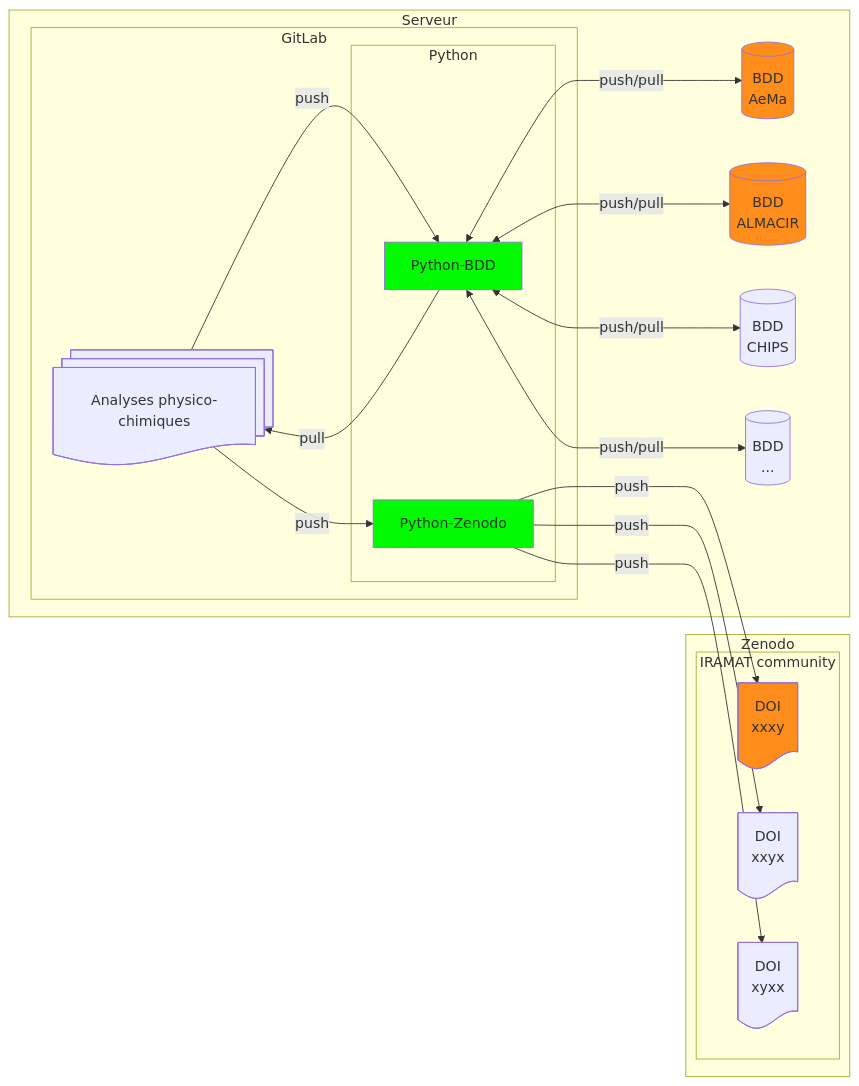
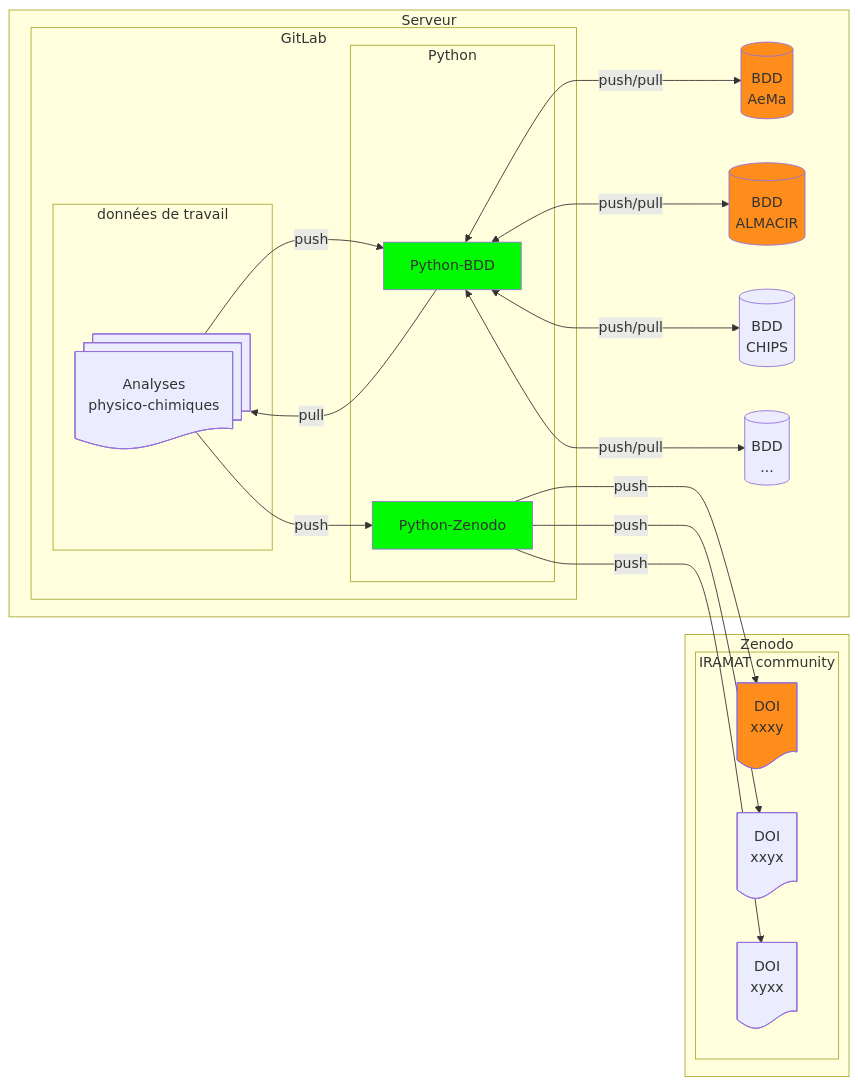
The diagram in dbs/README.md (iramat/iramat-dev), drawn with Mermaid before and after one commit. The commit also changed other lines of this file, not shown here.

````diff
--- a/dbs/README.md
+++ b/dbs/README.md
@@ -5,33 +3,35 @@
 ```mermaid
 flowchart LR
 subgraph Serveur
     subgraph GitLab
-        A@{ shape: docs, label: "Analyses physico-chimiques" }
+        subgraph données de travail
+            A@{ shape: docs, label: "Analyses<br>physico-chimiques" }
+        end
         subgraph Python
             Z@{ procs: docs, label: "Python-BDD" }
             ZZ@{ procs: docs, label: "Python-Zenodo" }
         end
     end
     Z -- pull --> A;
     A -- push --> Z;
     A -- push --> ZZ;
     Z <-- push/pull --> B[(BDD<br>AeMa)];
     Z <-- push/pull --> H[(BDD<br>ALMACIR)];
     Z <-- push/pull --> C[(BDD<br>CHIPS)];
     Z <-- push/pull --> D[(BDD<br>...)];
 end
 subgraph Zenodo
     subgraph IRAMAT community
         ZZ -- push --> E@{ shape: doc, label: "DOI<br>xxxy" }
         ZZ -- push --> F@{ shape: doc, label: "DOI<br>xxyx" }
         ZZ -- push --> G@{ shape: doc, label: "DOI<br>xyxx" }
     end
 end
 
 click A "https://github.com/zoometh/iramat-test/blob/main/dbs/analysis_results.tsv" _blank
 style Z fill:#02fa02
 style ZZ fill:#02fa02
 style B fill:#FF8D1B
 style H fill:#FF8D1B
 style E fill:#FF8D1B
 ```
````
